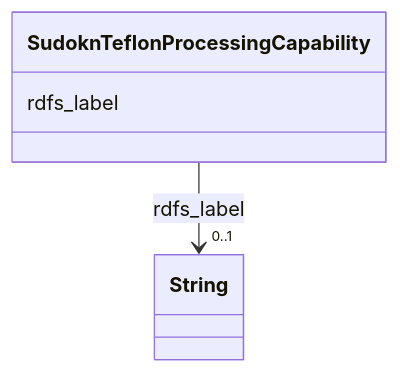
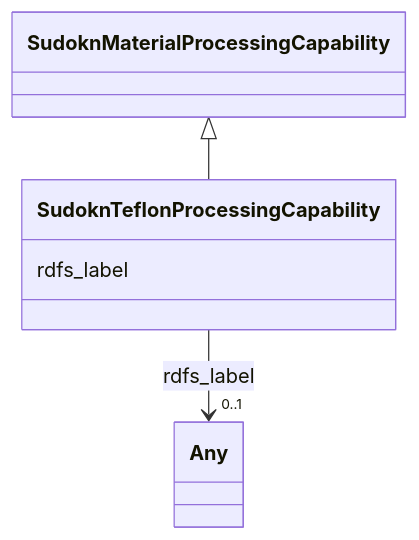
Before and after one commit to frink-okn/graph-descriptions: the diagram in sudokn-kg/classes/SudoknTeflonProcessingCapability.md, drawn with Mermaid. The commit also changed other lines of this file and 903 other files, not shown here.

````diff
--- a/sudokn-kg/classes/SudoknTeflonProcessingCapability.md
+++ b/sudokn-kg/classes/SudoknTeflonProcessingCapability.md
@@ -23,15 +18,18 @@
 ```mermaid
  classDiagram
     class SudoknTeflonProcessingCapability
     click SudoknTeflonProcessingCapability href "../SudoknTeflonProcessingCapability"
+      SudoknMaterialProcessingCapability <|-- SudoknTeflonProcessingCapability
+        click SudoknMaterialProcessingCapability href "../SudoknMaterialProcessingCapability"
+      
       SudoknTeflonProcessingCapability : rdfs_label
         
           
     
     
-    SudoknTeflonProcessingCapability --> "0..1" String : rdfs_label
-    click String href "../String"
+    SudoknTeflonProcessingCapability --> "0..1" Any : rdfs_label
+    click Any href "../Any"
 
         
       
 ```
````
